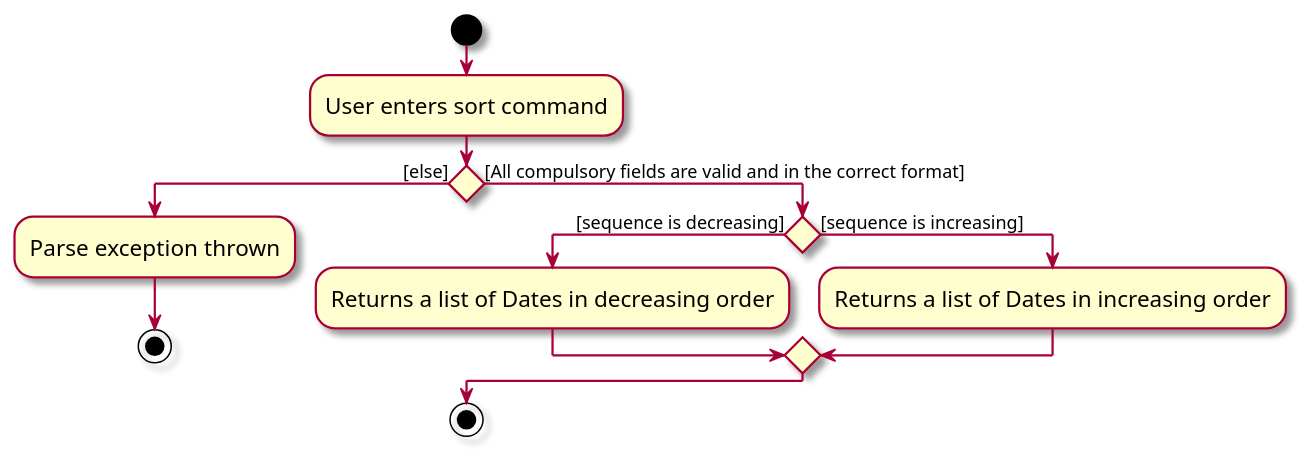
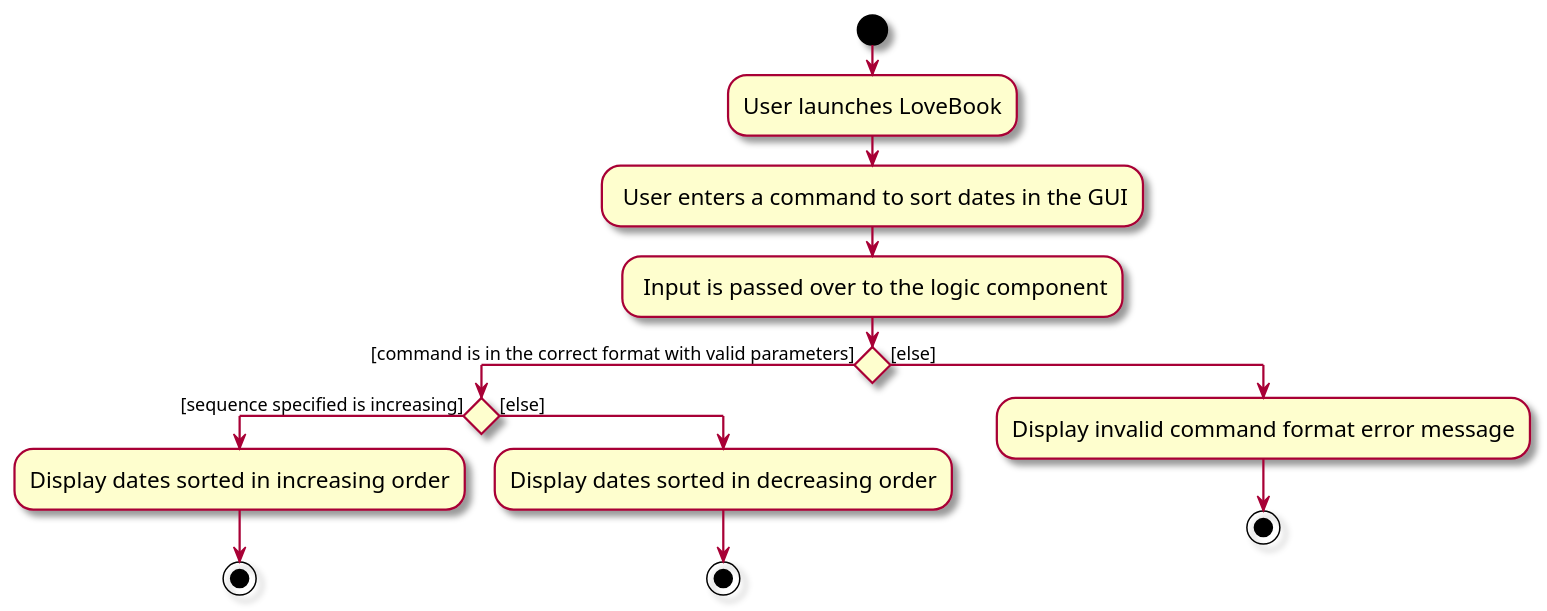
Before and after one commit to AY2324S1-CS2103T-F10-2/tp: the diagram in diagrams/SortActivity.puml, drawn with PlantUML. The commit also changed 44 other files, not shown here.

```diff
--- a/diagrams/SortActivity.puml
+++ b/diagrams/SortActivity.puml
@@ -1,20 +1,24 @@
 @startuml
 skin rose
 skinparam ActivityFontSize 15
 skinparam ArrowFontSize 12
+start
+:User launches LoveBook;
 
-start
-:User enters sort command;
-if () then ([else])
-  :Parse exception thrown;
-  stop
-else ([All compulsory fields are valid and in the correct format])
-  if () then ([sequence is decreasing])
-    :Returns a list of Dates in decreasing order;
-  else ([sequence is increasing])
-    :Returns a list of Dates in increasing order;
-  endif
+: User enters a command to sort dates in the GUI;
+
+: Input is passed over to the logic component;
+
+if () then ([command is in the correct format with valid parameters])
+        if () then ([sequence specified is increasing])
+            :Display dates sorted in increasing order;
+            stop
+        else ([else])
+            :Display dates sorted in decreasing order;
+            stop
+        endif
+else ([else])
+    :Display invalid command format error message;
+    stop
 endif
-stop
-
 @enduml
```
